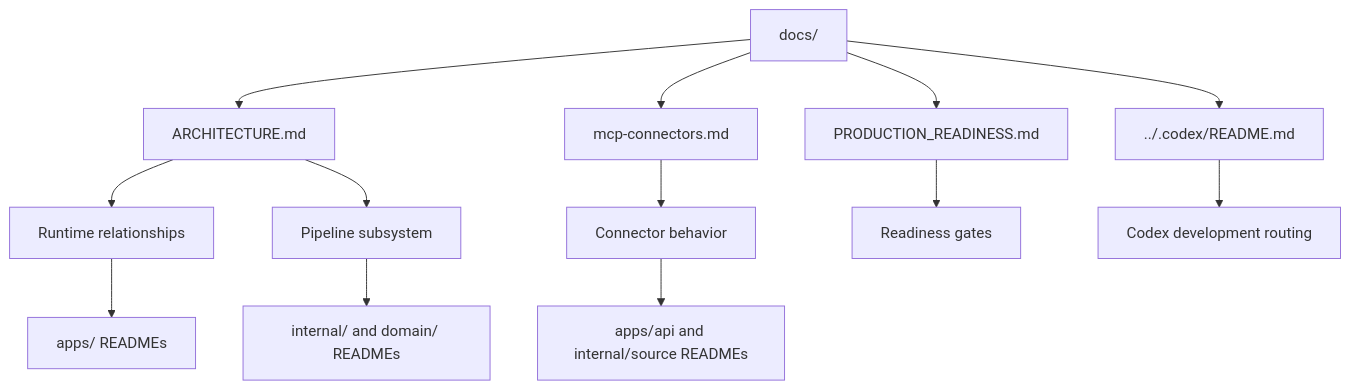
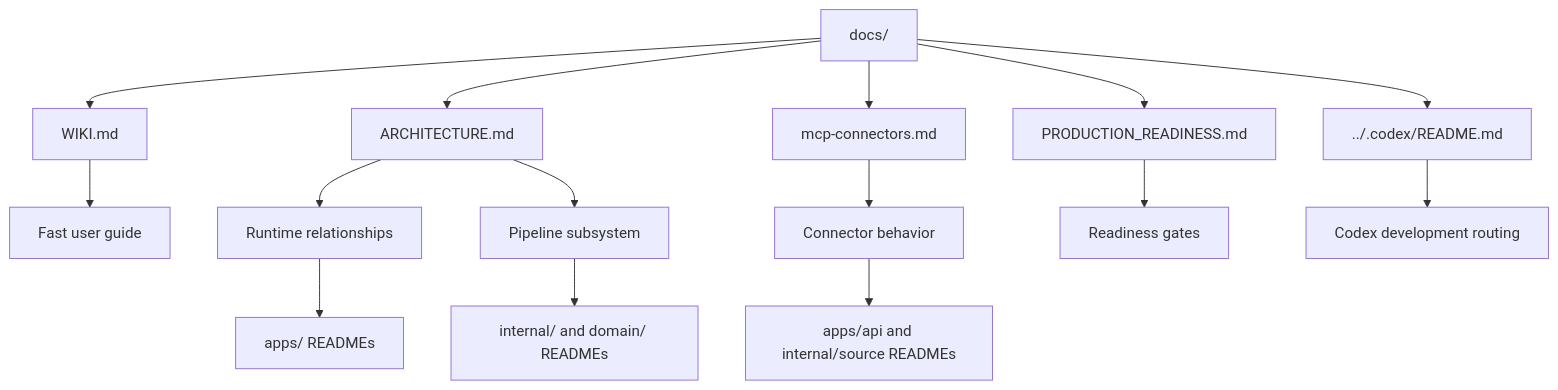
One commit to sx-tane/context-os changed the diagram in docs/README.md. Above: the diagram before and after it, drawn with Mermaid. The commit also changed other lines of this file and 4 other files, not shown here.

Commit message:
docs: update contributing guidelines and add wiki for user reference

````diff
--- a/docs/README.md
+++ b/docs/README.md
@@ -30,17 +31,19 @@
 ```mermaid
 flowchart TD
   ROOT[docs/] --> ARCH[ARCHITECTURE.md]
+  ROOT --> WIKI[WIKI.md]
   ROOT --> PROD[PRODUCTION_READINESS.md]
   ROOT --> MCP[mcp-connectors.md]
   ROOT --> CODEX[../.codex/README.md]
 
+  WIKI --> QUICK[Fast user guide]
   ARCH --> RUNTIME[Runtime relationships]
   ARCH --> PIPE[Pipeline subsystem]
   MCP --> SOURCES[Connector behavior]
   PROD --> GATES[Readiness gates]
   CODEX --> DEV[Codex development routing]
 
   RUNTIME --> APPDOCS[apps/ READMEs]
   PIPE --> INTERNAL[internal/ and domain/ READMEs]
   SOURCES --> API[apps/api and internal/source READMEs]
 ```
````
